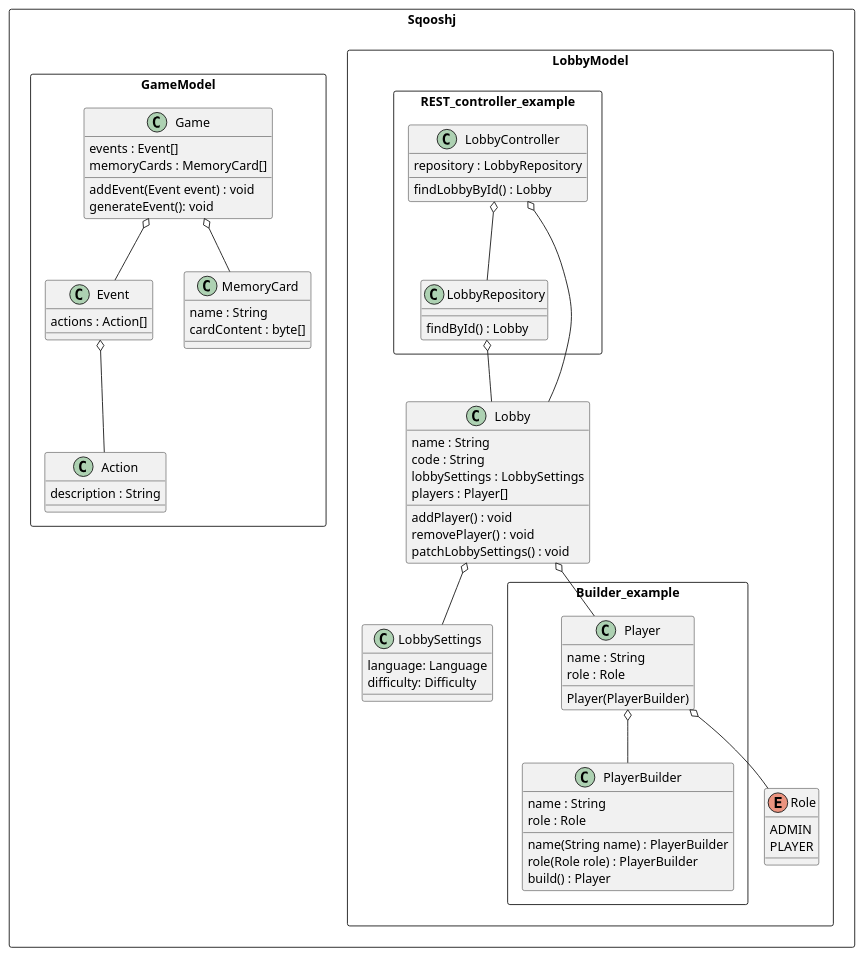
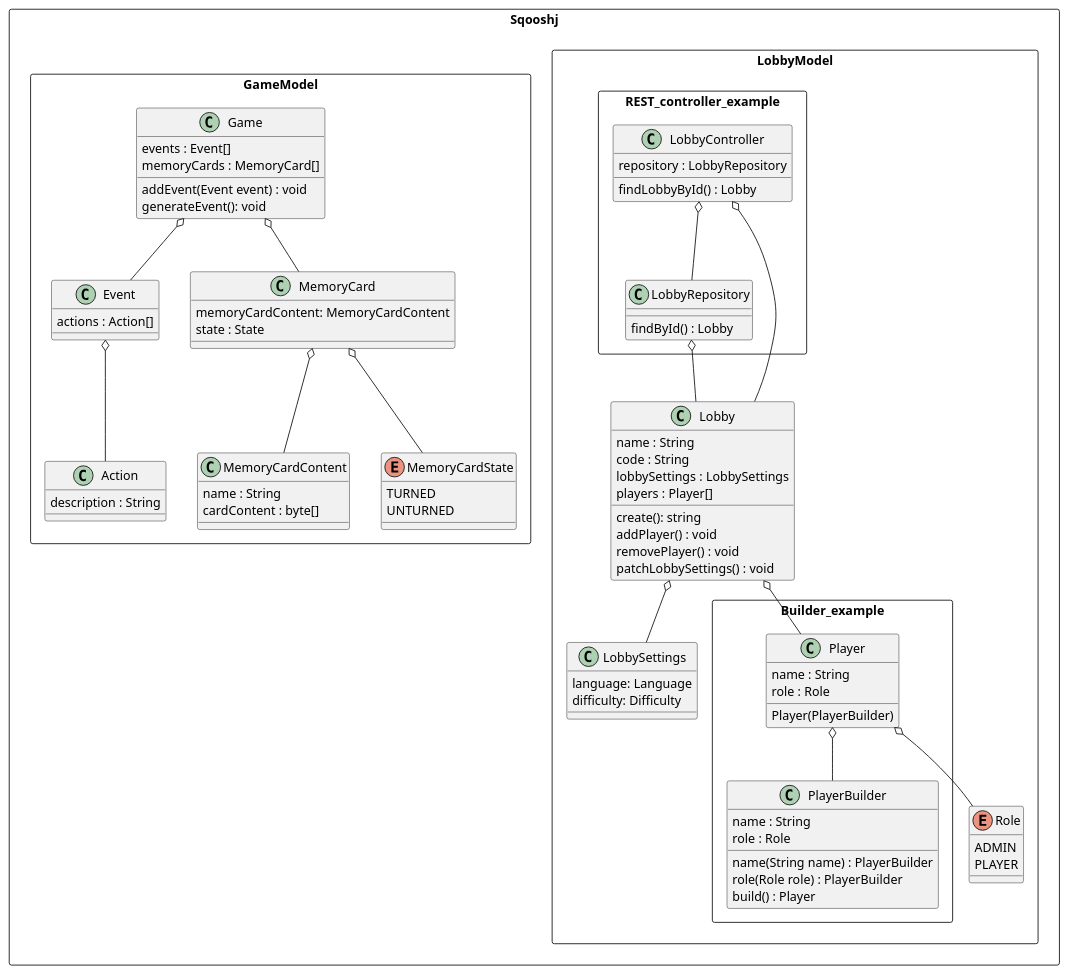
Before and after one commit to DoronHartog/SKBD: the diagram in Documentation/Class_diagram.plantuml, drawn with PlantUML.

Commit message:
Update class_diagram

```diff
--- a/Documentation/Class_diagram.plantuml
+++ b/Documentation/Class_diagram.plantuml
@@ -1,89 +1,102 @@
 @startuml
 
 rectangle Sqooshj {
   rectangle LobbyModel {
     rectangle REST_controller_example {
       class LobbyController {
         repository : LobbyRepository
         findLobbyById() : Lobby
       }
       
       class LobbyRepository {
         findById() : Lobby
       }
       LobbyController o-- LobbyRepository
     }
     LobbyController o-- Lobby
     LobbyRepository o-- Lobby
 
 
     class Lobby {
       name : String
       code : String
       lobbySettings : LobbySettings
       players : Player[]
+      create(): string
       addPlayer() : void
       removePlayer() : void
       patchLobbySettings() : void
     }
 
     rectangle Builder_example {
       class Player {
         Player(PlayerBuilder)
         name : String
         role : Role
       }
 
       class PlayerBuilder {
         name : String
         role : Role
         name(String name) : PlayerBuilder
         role(Role role) : PlayerBuilder
         build() : Player
       }
     }
 
     enum Role {
       ADMIN
       PLAYER
     }
 
     class LobbySettings {
         language: Language
         difficulty: Difficulty
     }
 
     Lobby o-- LobbySettings
     Lobby o-- Player
     Player o-- PlayerBuilder
     Player o-- Role
   }
 
   rectangle GameModel {
     class Game {
       events : Event[]
       memoryCards : MemoryCard[]
       addEvent(Event event) : void
       generateEvent(): void
     }
 
     class Event {
       actions : Action[]
     }
 
     class Action {
       description : String
     }
 
     class MemoryCard {
+      memoryCardContent: MemoryCardContent
+      state : State
+    }
+
+    class MemoryCardContent {
       name : String
       cardContent : byte[]
     }
 
+    enum MemoryCardState {
+      TURNED
+      UNTURNED
+    }
+
     Game o-- Event
     Game o-- MemoryCard
+    MemoryCard o-- MemoryCardContent
+    MemoryCard o-- MemoryCardState
     Event o-- Action
   }
 }
 
 @enduml
```
